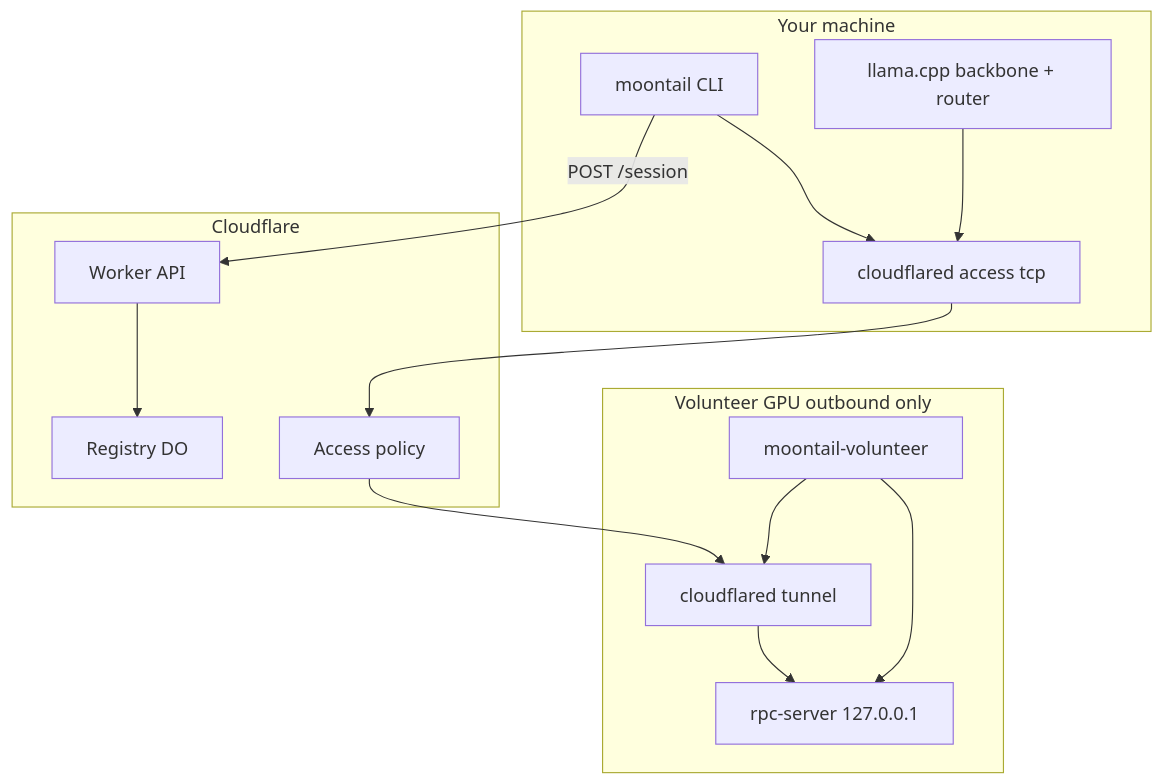
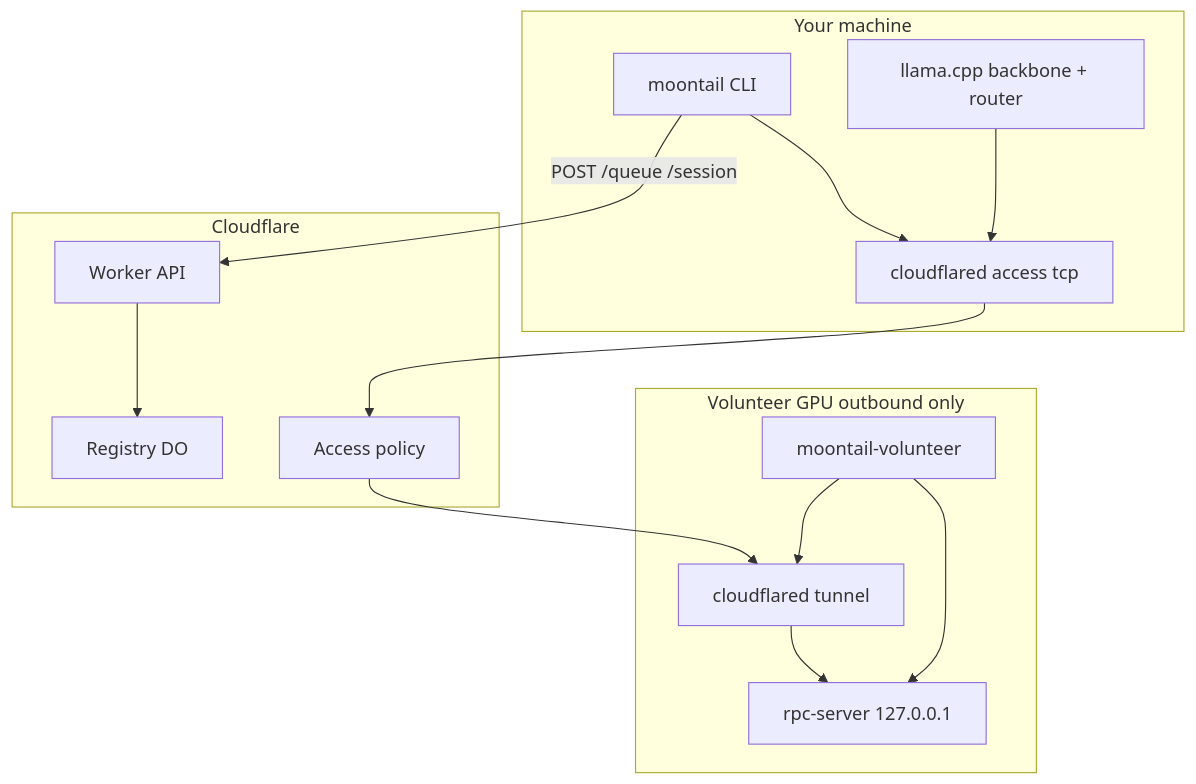
The diagram in README.md (vogue84/MoonTail), drawn with Mermaid before and after one commit. The commit also changed other lines of this file and 37 other files, not shown here.

````diff
--- a/README.md
+++ b/README.md
@@ -52,28 +55,25 @@
 ```mermaid
 flowchart TB
     subgraph you [Your machine]
         MT[moontail CLI]
         CFc[cloudflared access tcp]
         LL[llama.cpp backbone + router]
     end
-
     subgraph cloud [Cloudflare]
         W[Worker API]
         R[Registry DO]
         A[Access policy]
     end
-
     subgraph vol [Volunteer GPU outbound only]
         V[moontail-volunteer]
         T[cloudflared tunnel]
         RPC[rpc-server 127.0.0.1]
     end
-
-    MT -->|POST /session| W
+    MT -->|POST /queue /session| W
     W --> R
     MT --> CFc
     CFc --> A --> T --> RPC
     LL --> CFc
     V --> RPC
     V --> T
 ```
````
